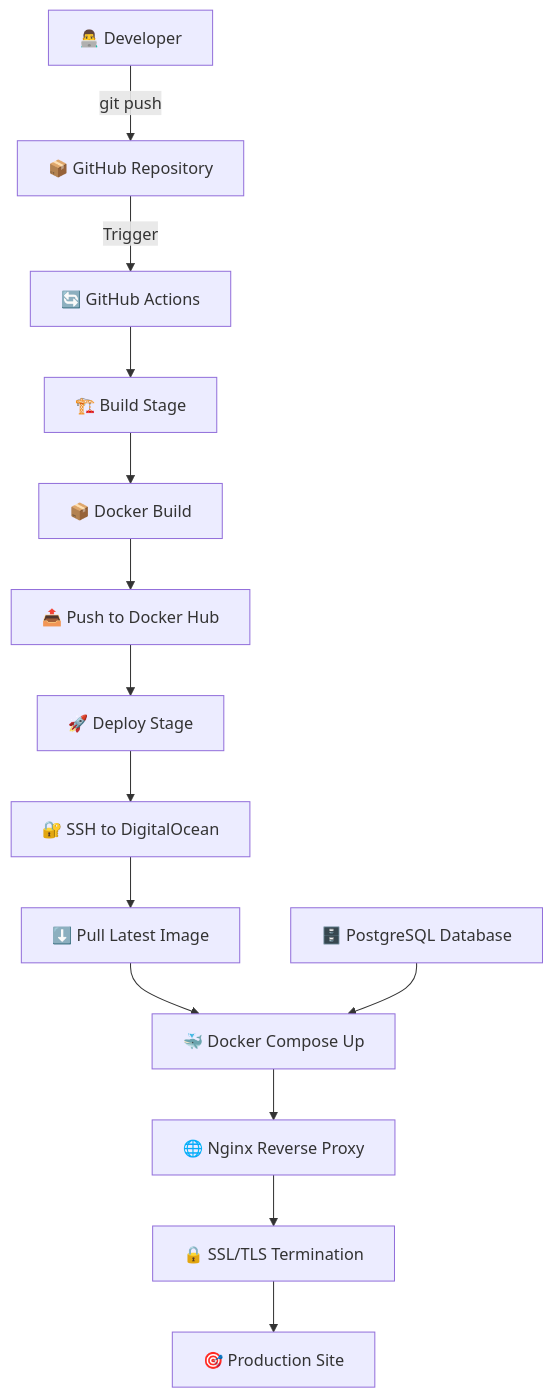
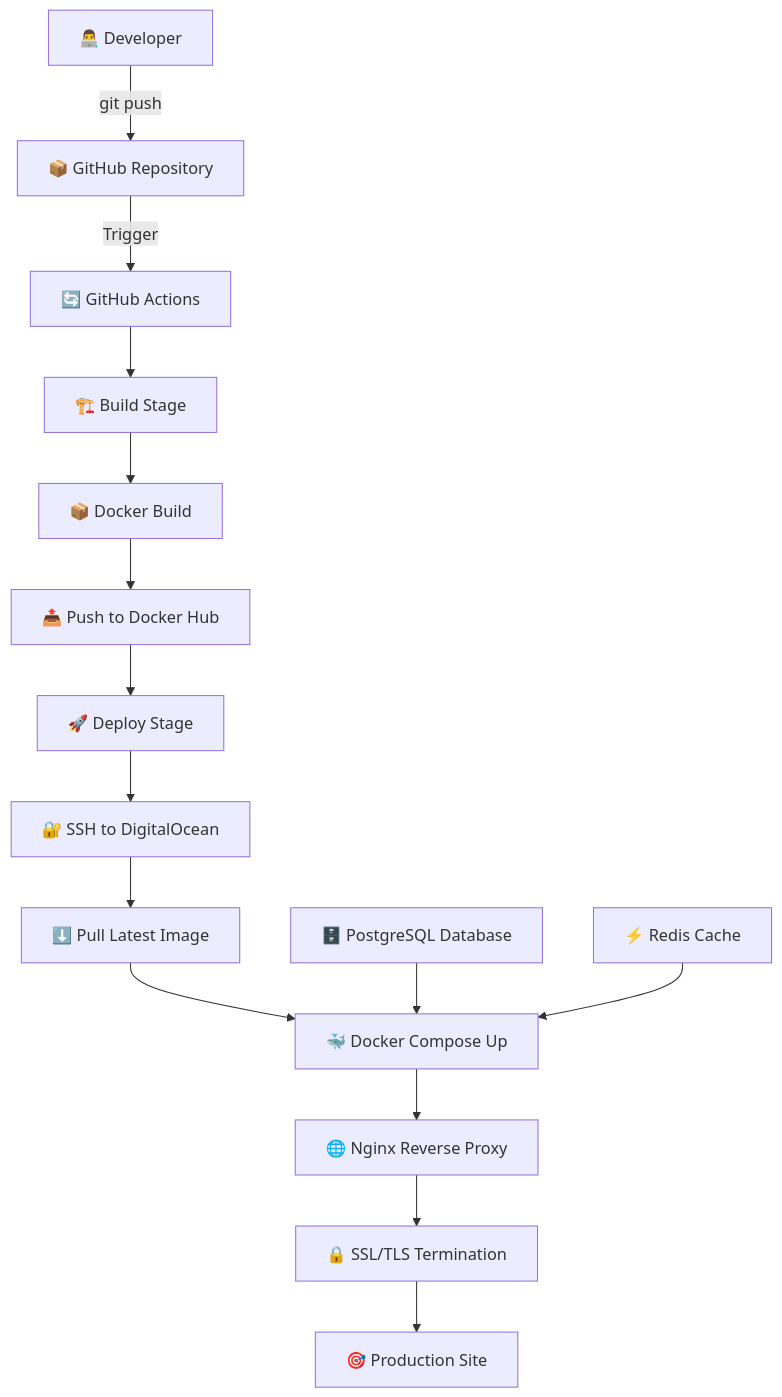
One commit to Arafat6462/ResuMate_API_Docs changed the first of 2 diagrams in docs/cicd-pipeline/index.md. Above: the diagram before and after it, drawn with Mermaid. The commit also changed other lines of this file and 4 other files, not shown here.

````diff
--- a/docs/cicd-pipeline/index.md
+++ b/docs/cicd-pipeline/index.md
@@ -15,20 +15,21 @@
 ```mermaid
 graph TD
     A["👨‍💻 Developer"] -->|git push| B["📦 GitHub Repository"]
     B -->|Trigger| C["🔄 GitHub Actions"]
     
     C --> D["🏗️ Build Stage"]
     D --> E["📦 Docker Build"]
     E --> F["📤 Push to Docker Hub"]
     
     F --> G["🚀 Deploy Stage"]
     G --> H["🔐 SSH to DigitalOcean"]
     H --> I["⬇️ Pull Latest Image"]
     I --> J["🐳 Docker Compose Up"]
     
     J --> K["🌐 Nginx Reverse Proxy"]
     K --> L["🔒 SSL/TLS Termination"]
     L --> M["🎯 Production Site"]
     
     N["🗄️ PostgreSQL Database"] --> J
+    O["⚡ Redis Cache"] --> J
 ```
````
